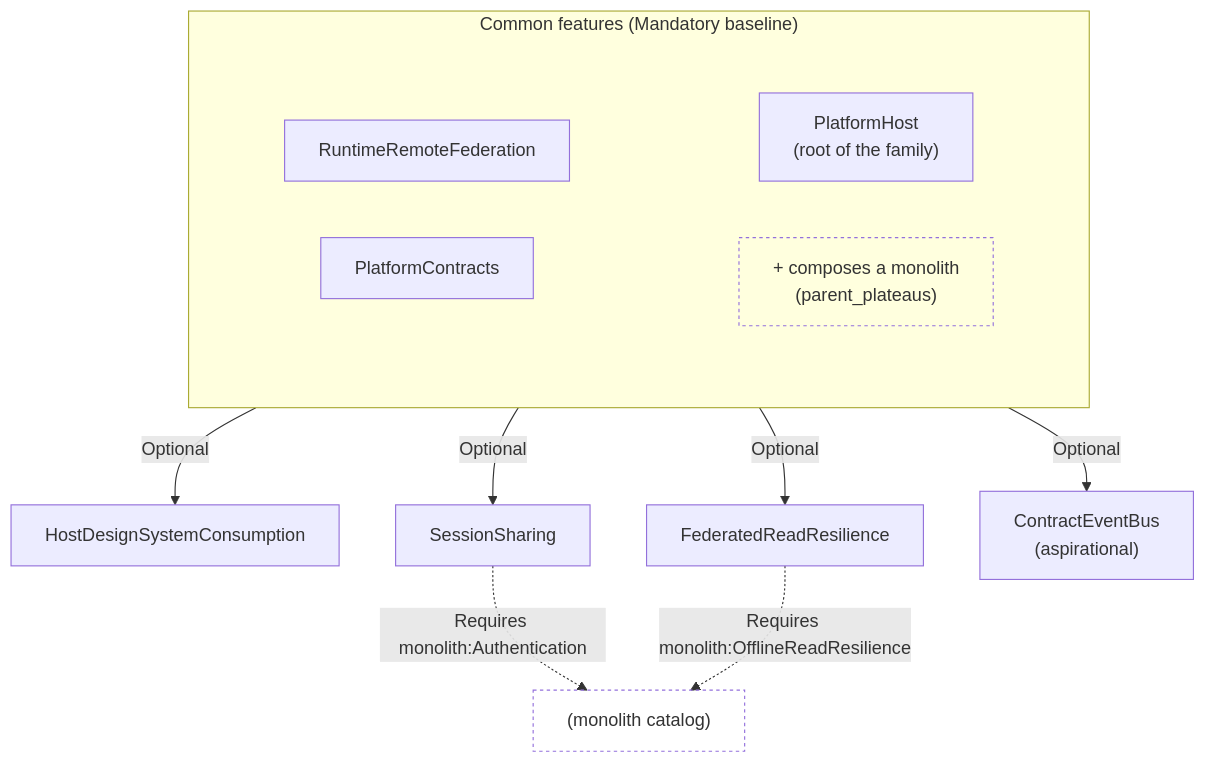
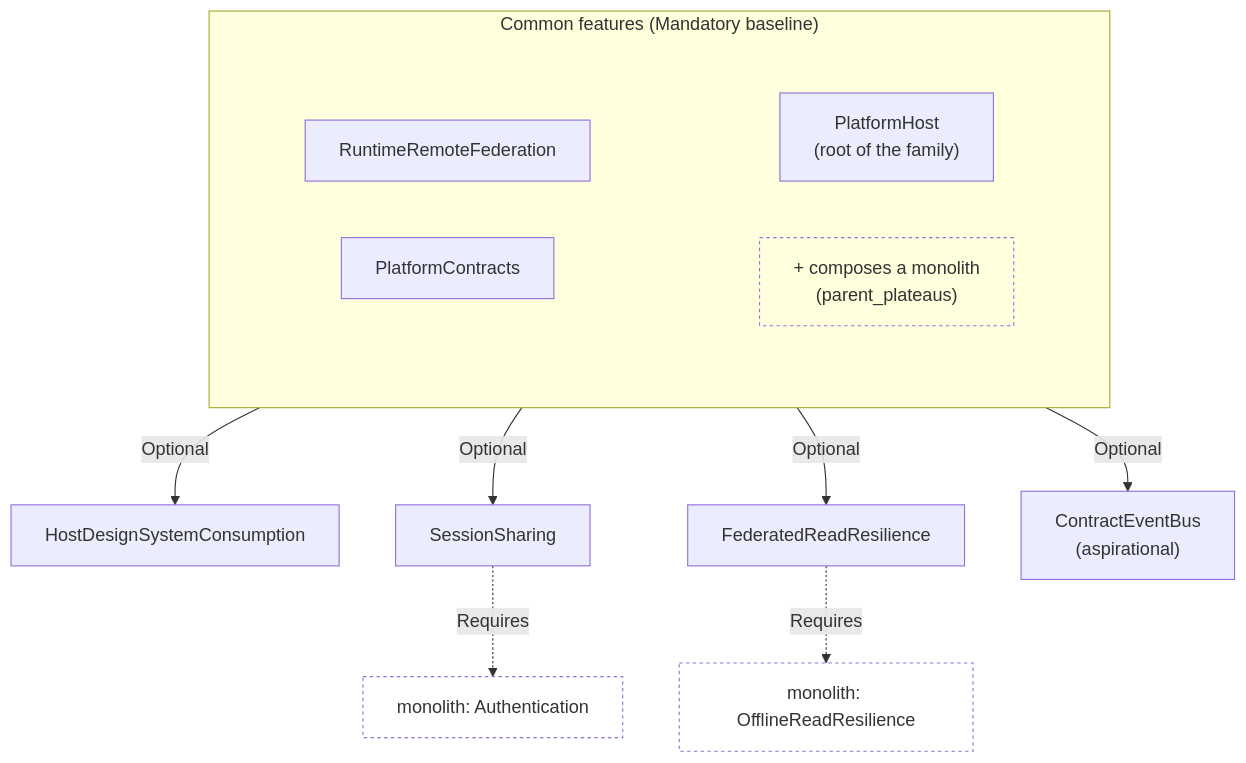
Before and after one commit to InsonusK/ai-skills: the diagram in skills/angular/architecture/v3.1/platform-host/feature/diagrams/feature-diagram.mmd, drawn with Mermaid. The commit also changed 85 other files, not shown here.

```diff
--- a/skills/angular/architecture/v3.1/platform-host/feature/diagrams/feature-diagram.mmd
+++ b/skills/angular/architecture/v3.1/platform-host/feature/diagrams/feature-diagram.mmd
@@ -1,26 +1,27 @@
 graph TD
     subgraph Common["Common features (Mandatory baseline)"]
         direction TB
         subgraph Row1[" "]
             direction LR
             HOST["PlatformHost<br/>(root of the family)"]
             MONO["+ composes a monolith<br/>(parent_plateaus)"]
         end
         subgraph Row2[" "]
             direction LR
             RRF["RuntimeRemoteFederation"]
             PC["PlatformContracts"]
         end
     end
     style Row1 fill:none,stroke:none
     style Row2 fill:none,stroke:none
     style MONO fill:none,stroke-dasharray: 3 3
 
     Common -->|Optional| HDSC["HostDesignSystemConsumption"]
     Common -->|Optional| SS["SessionSharing"]
     Common -->|Optional| FRR["FederatedReadResilience"]
     Common -->|Optional| EB["ContractEventBus<br/>(aspirational)"]
 
-    SS -. "Requires monolith:Authentication" .-> M1["(monolith catalog)"]
-    FRR -. "Requires monolith:OfflineReadResilience" .-> M1
-    style M1 fill:none,stroke-dasharray: 3 3
+    SS -. Requires .-> M_AUTH["monolith: Authentication"]
+    FRR -. Requires .-> M_ORR["monolith: OfflineReadResilience"]
+    style M_AUTH fill:none,stroke-dasharray: 3 3
+    style M_ORR fill:none,stroke-dasharray: 3 3
```
